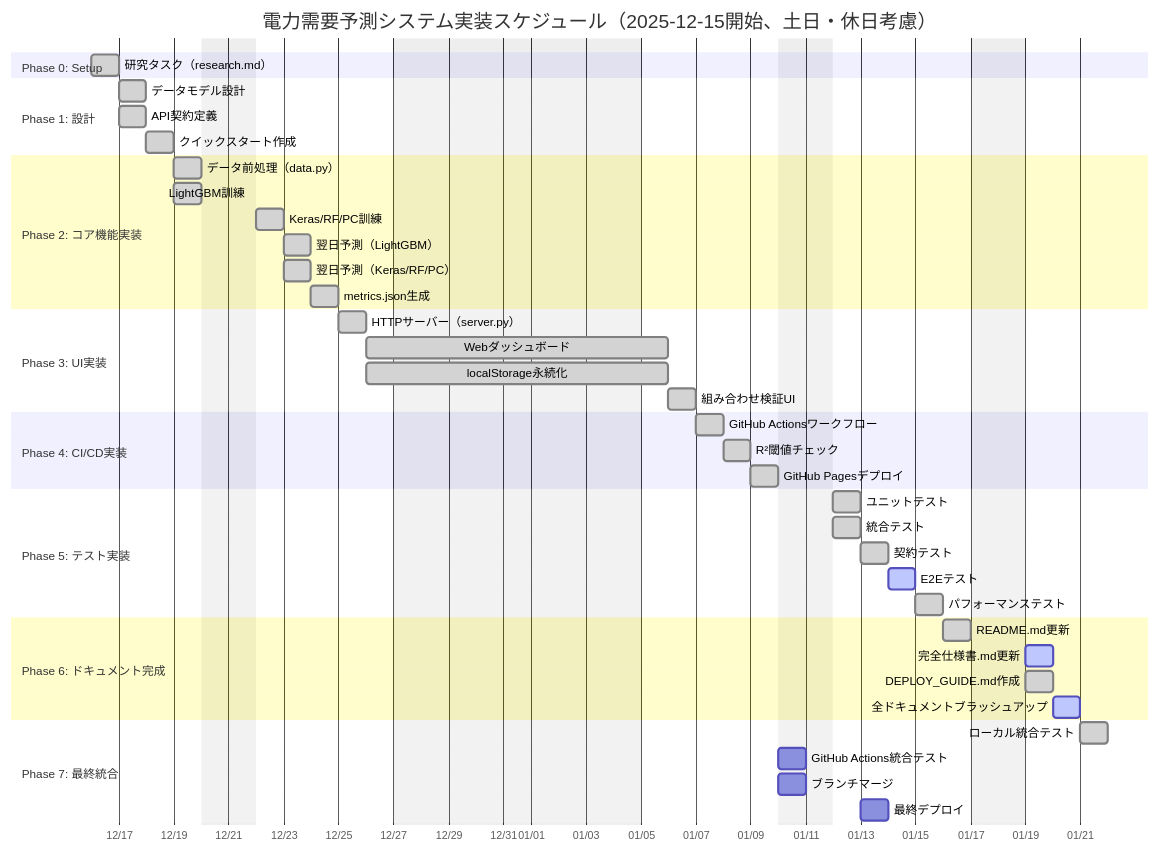
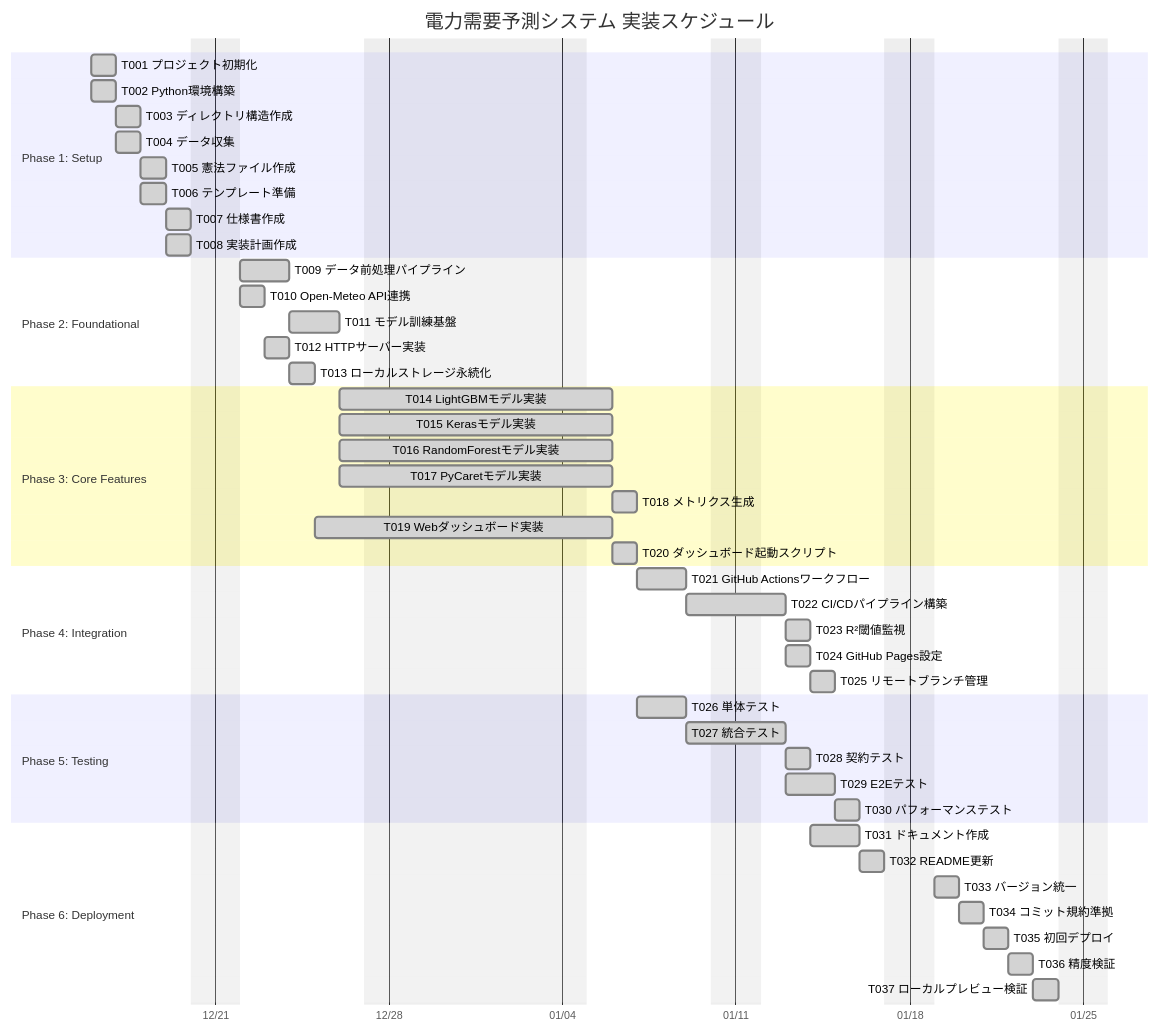
The diagram in specs/001-Power-Demand-Forecast/tasks.md (J1921604/Power-Demand-Forecast), drawn with Mermaid before and after one commit. The commit also changed other lines of this file and 9 other files, not shown here.

Commit message:
docs: ドキュメント全体を最新状態に更新 - tasks.mdにMermaidガントチャートを追加（相対日付、土日祝日除外） - specs/配下のドキュメントリンクをGitHubリポジトリURLに修正 - 不要な.coverageファイルを削除 - プロジェクト構造を整理 - バージョン1.0.0、作成日2025年11月26日で統一

````diff
--- a/specs/001-Power-Demand-Forecast/tasks.md
+++ b/specs/001-Power-Demand-Forecast/tasks.md
@@ -16,53 +24,56 @@
 ```mermaid
 gantt
-    title 電力需要予測システム実装スケジュール（2025-12-15開始、土日・休日考慮）
+    title 電力需要予測システム 実装スケジュール
     dateFormat YYYY-MM-DD
+    axisFormat %m/%d
     excludes weekends 2025-12-28 2025-12-29 2025-12-30 2025-12-31 2026-01-01 2026-01-02 2026-01-03
-    axisFormat %m/%d
   
-    section Phase 0: Setup
-    研究タスク（research.md）           :done, p0, 2025-12-16, 1d
+    section Phase 1: Setup
+    T001 プロジェクト初期化           :done, t001, 2025-12-16, 1d
+    T002 Python環境構築               :done, t002, 2025-12-16, 1d
+    T003 ディレクトリ構造作成         :done, t003, 2025-12-17, 1d
+    T004 データ収集                   :done, t004, 2025-12-17, 1d
+    T005 憲法ファイル作成             :done, t005, 2025-12-18, 1d
+    T006 テンプレート準備             :done, t006, 2025-12-18, 1d
+    T007 仕様書作成                   :done, t007, 2025-12-19, 1d
+    T008 実装計画作成                 :done, t008, 2025-12-19, 1d
   
-    section Phase 1: 設計
-    データモデル設計                    :done, p1_1, after p0, 1d
-    API契約定義                         :done, p1_2, after p0, 1d
-    クイックスタート作成                :done, p1_3, after p1_2, 1d
+    section Phase 2: Foundational
+    T009 データ前処理パイプライン     :done, t009, after t008, 2d
+    T010 Open-Meteo API連携           :done, t010, after t008, 1d
+    T011 モデル訓練基盤               :done, t011, after t009, 2d
+    T012 HTTPサーバー実装             :done, t012, after t010, 1d
+    T013 ローカルストレージ永続化     :done, t013, after t012, 1d
   
-    section Phase 2: コア機能実装
-    データ前処理（data.py）             :done, p2_1, after p1_3, 1d
-    LightGBM訓練                        :done, p2_2, after p1_3, 1d
-    Keras/RF/PC訓練                     :done, p2_3, after p2_2, 1d
-    翌日予測（LightGBM）                :done, p2_4, after p2_3, 1d
-    翌日予測（Keras/RF/PC）             :done, p2_5, after p2_3, 1d
-    metrics.json生成                    :done, p2_6, after p2_5, 1d
+    section Phase 3: Core Features
+    T014 LightGBMモデル実装           :done, t014, after t011, 2d
+    T015 Kerasモデル実装              :done, t015, after t011, 2d
+    T016 RandomForestモデル実装       :done, t016, after t011, 2d
+    T017 PyCaretモデル実装            :done, t017, after t011, 2d
+    T018 メトリクス生成               :done, t018, after t014 t015 t016 t017, 1d
+    T019 Webダッシュボード実装        :done, t019, after t013, 3d
+    T020 ダッシュボード起動スクリプト :done, t020, after t019, 1d
   
-    section Phase 3: UI実装
-    HTTPサーバー（server.py）           :done, p3_1, after p2_6, 1d
-    Webダッシュボード                   :done, p3_2, after p3_1, 2d
-    localStorage永続化                  :done, p3_3, after p3_1, 2d
-    組み合わせ検証UI                    :done, p3_4, after p3_3, 1d
+    section Phase 4: Integration
+    T021 GitHub Actionsワークフロー   :done, t021, after t018, 2d
+    T022 CI/CDパイプライン構築        :done, t022, after t021, 2d
+    T023 R²閾値監視                   :done, t023, after t022, 1d
+    T024 GitHub Pages設定             :done, t024, after t022, 1d
+    T025 リモートブランチ管理         :done, t025, after t024, 1d
   
-    section Phase 4: CI/CD実装
-    GitHub Actionsワークフロー           :done, p4_1, after p3_4, 1d
-    R²閾値チェック                      :done, p4_2, after p4_1, 1d
-    GitHub Pagesデプロイ                 :done, p4_3, after p4_2, 1d
+    section Phase 5: Testing
+    T026 単体テスト                   :done, t026, after t020, 2d
+    T027 統合テスト                   :done, t027, after t026, 2d
+    T028 契約テスト                   :done, t028, after t027, 1d
+    T029 E2Eテスト                    :done, t029, after t027, 2d
+    T030 パフォーマンステスト         :done, t030, after t029, 1d
   
-    section Phase 5: テスト実装
-    ユニットテスト                      :done, p5_1, after p4_3, 1d
-    統合テスト                          :done, p5_2, after p4_3, 1d
-    契約テスト                          :done, p5_3, after p5_2, 1d
-    E2Eテスト                           :active, p5_4, after p5_3, 1d
-    パフォーマンステスト                :done, p5_5, after p5_4, 1d
-  
-    section Phase 6: ドキュメント完成
-    README.md更新                       :done, p6_1, after p5_5, 1d
-    完全仕様書.md更新                   :active, p6_2, after p6_1, 1d
-    DEPLOY_GUIDE.md作成                 :done, p6_3, after p6_1, 1d
-    全ドキュメントブラッシュアップ      :active, p6_4, after p6_3, 1d
-  
-    section Phase 7: 最終統合
-    ローカル統合テスト                  :done, p7_1, after p6_4, 1d
-    GitHub Actions統合テスト             :p7_2, 2026-01-10, 1d
-    ブランチマージ                      :p7_3, 2026-01-10, 1d
-    最終デプロイ                        :p7_4, 2026-01-13, 1d
+    section Phase 6: Deployment
+    T031 ドキュメント作成             :done, t031, after t023, 2d
+    T032 README更新                   :done, t032, after t031, 1d
+    T033 バージョン統一               :done, t033, after t032, 1d
+    T034 コミット規約準拠             :done, t034, after t033, 1d
+    T035 初回デプロイ                 :done, t035, after t025 t030 t034, 1d
+    T036 精度検証                     :done, t036, after t035, 1d
+    T037 ローカルプレビュー検証       :done, t037, after t036, 1d
 ```
````
